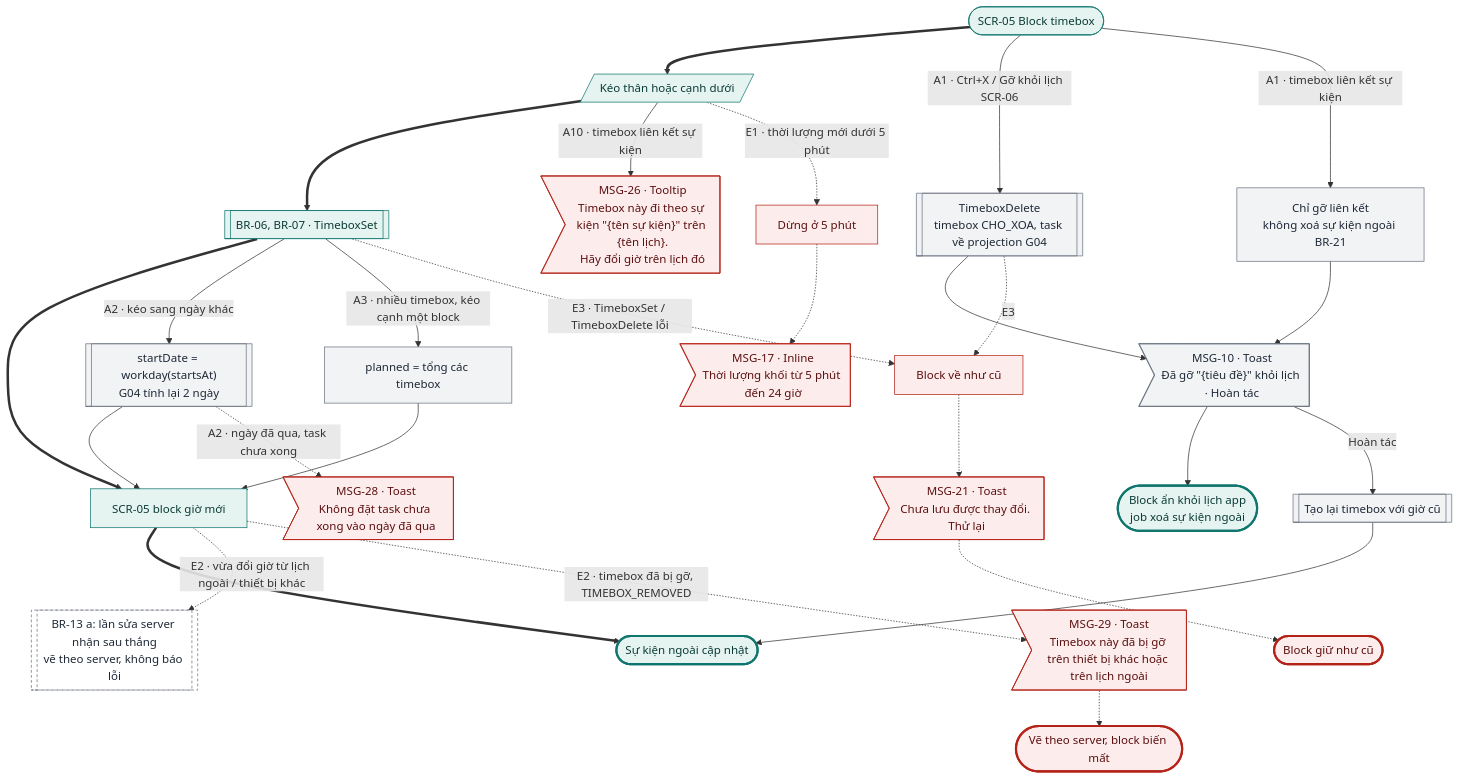
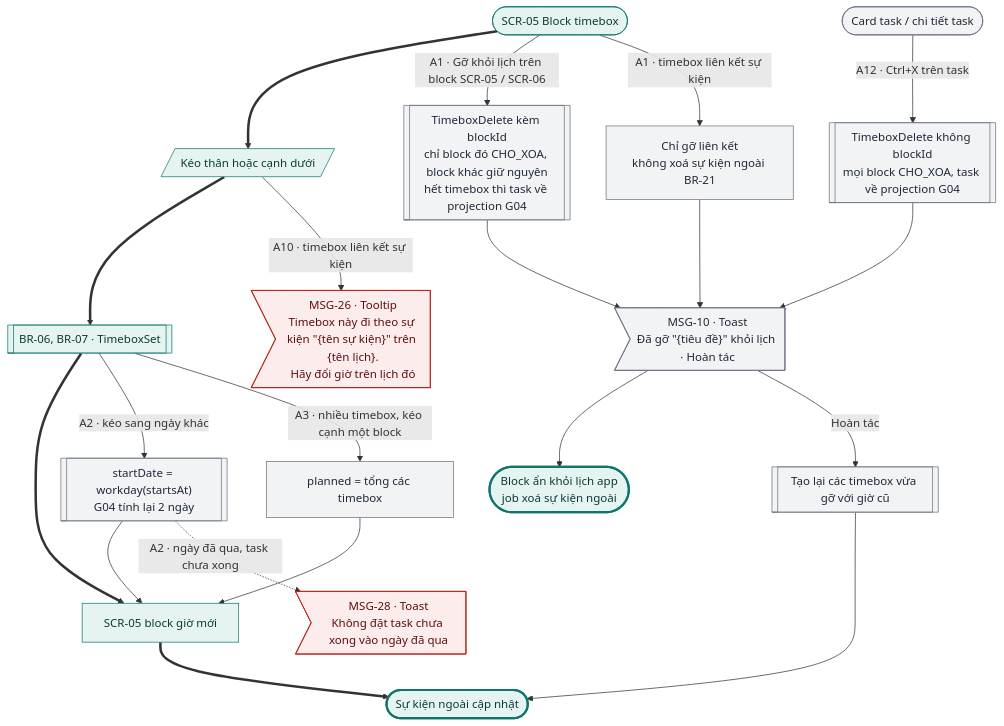
Before and after one commit to tannguyenho/personal-app: the ninth of 22 diagrams in docs/design-brief/flow/g05-lich-timebox.md, drawn with Mermaid. The commit also changed other lines of this file and 7 other files, not shown here.

First line of the commit message:
docs(G05, G07): áp quyết định PO 09/11 vào SRS, PRD, flow; QC-10, IA khay

````diff
--- a/docs/design-brief/flow/g05-lich-timebox.md
+++ b/docs/design-brief/flow/g05-lich-timebox.md
@@ -407,49 +413,39 @@
 ```mermaid
 flowchart TD
   start(["SCR-05 Block timebox"])
   u1[/"Kéo thân hoặc cạnh dưới"/]
   p1[["BR-06, BR-07 · TimeboxSet"]]
   s1["SCR-05 block giờ mới"]
   ok(["Sự kiện ngoài cập nhật"])
   start ==> u1 ==> p1 ==> s1 ==> ok
 
-  start -->|"A1 · Ctrl+X / Gỡ khỏi lịch SCR-06"| a1[["TimeboxDelete<br/>timebox CHO_XOA, task về projection G04"]]
+  start -->|"A1 · Gỡ khỏi lịch trên block SCR-05 / SCR-06"| a1[["TimeboxDelete kèm blockId<br/>chỉ block đó CHO_XOA, block khác giữ nguyên<br/>hết timebox thì task về projection G04"]]
+  start12(["Card task / chi tiết task"]) -->|"A12 · Ctrl+X trên task"| a12[["TimeboxDelete không blockId<br/>mọi block CHO_XOA, task về projection G04"]]
   start -->|"A1 · timebox liên kết sự kiện"| a1l["Chỉ gỡ liên kết<br/>không xoá sự kiện ngoài BR-21"]
   a1l --> a1m
   a1 --> a1m>"MSG-10 · Toast<br/>Đã gỡ #quot;{tiêu đề}#quot; khỏi lịch · Hoàn tác"]
+  a12 --> a1m
   a1m --> a1ok(["Block ẩn khỏi lịch app<br/>job xoá sự kiện ngoài"])
-  a1m -->|"Hoàn tác"| a1u[["Tạo lại timebox với giờ cũ"]]
+  a1m -->|"Hoàn tác"| a1u[["Tạo lại các timebox vừa gỡ với giờ cũ"]]
   a1u --> ok
   u1 -->|"A10 · timebox liên kết sự kiện"| a10m>"MSG-26 · Tooltip<br/>Timebox này đi theo sự kiện #quot;{tên sự kiện}#quot; trên {tên lịch}.<br/>Hãy đổi giờ trên lịch đó"]
   p1 -->|"A2 · kéo sang ngày khác"| a2[["startDate = workday(startsAt)<br/>G04 tính lại 2 ngày"]]
   a2 --> s1
   a2 -.->|"A2 · ngày đã qua, task chưa xong"| a2m>"MSG-28 · Toast<br/>Không đặt task chưa xong vào ngày đã qua"]
   p1 -->|"A3 · nhiều timebox, kéo cạnh một block"| a3["planned = tổng các timebox"]
   a3 --> s1
 
-  u1 -.->|"E1 · thời lượng mới dưới 5 phút"| e1["Dừng ở 5 phút"]
-  e1 -.-> e1m>"MSG-17 · Inline<br/>Thời lượng khối từ 5 phút đến 24 giờ"]
-  s1 -.->|"E2 · vừa đổi giờ từ lịch ngoài / thiết bị khác"| e2[["BR-13 a: lần sửa server nhận sau thắng<br/>vẽ theo server, không báo lỗi"]]
-  s1 -.->|"E2 · timebox đã bị gỡ, TIMEBOX_REMOVED"| e2m>"MSG-29 · Toast<br/>Timebox này đã bị gỡ trên thiết bị khác hoặc trên lịch ngoài"]
-  e2m -.-> e2f(["Vẽ theo server, block biến mất"])
-  p1 -.->|"E3 · TimeboxSet / TimeboxDelete lỗi"| e3["Block về như cũ"]
-  a1 -.->|"E3"| e3
-  e3 -.-> e3m>"MSG-21 · Toast<br/>Chưa lưu được thay đổi. Thử lại"]
-  e3m -.-> fail(["Block giữ như cũ"])
-
   class start,u1,p1,s1 happy
-  class a1,a1l,a1m,a1u,a2,a3 alt
-  class a10m,a2m,e1,e1m,e2m,e3,e3m err
-  class e2 sync
+  class a1,start12,a12,a1l,a1m,a1u,a2,a3 alt
+  class a10m,a2m err
   class ok,a1ok done
-  class e2f,fail fail
   classDef happy fill:#E6F4F1,stroke:#0F766E,color:#0B3B36
   classDef alt fill:#F1F3F5,stroke:#6B7280,color:#1F2937
   classDef err fill:#FDECEC,stroke:#B42318,color:#5C1010
   classDef warn fill:#FEF4E2,stroke:#B45309,color:#4A2604
   classDef ai fill:#F1ECFD,stroke:#6D28D9,color:#2E1065
   classDef sync fill:#FFFFFF,stroke:#6B7280,stroke-dasharray:4 3,color:#1F2937
   classDef link fill:#FFFFFF,stroke:#0F766E,stroke-dasharray:4 3,color:#0B3B36
   classDef done fill:#E6F4F1,stroke:#0F766E,stroke-width:3px,color:#0B3B36
   classDef fail fill:#FDECEC,stroke:#B42318,stroke-width:3px,color:#5C1010
 ```
````
